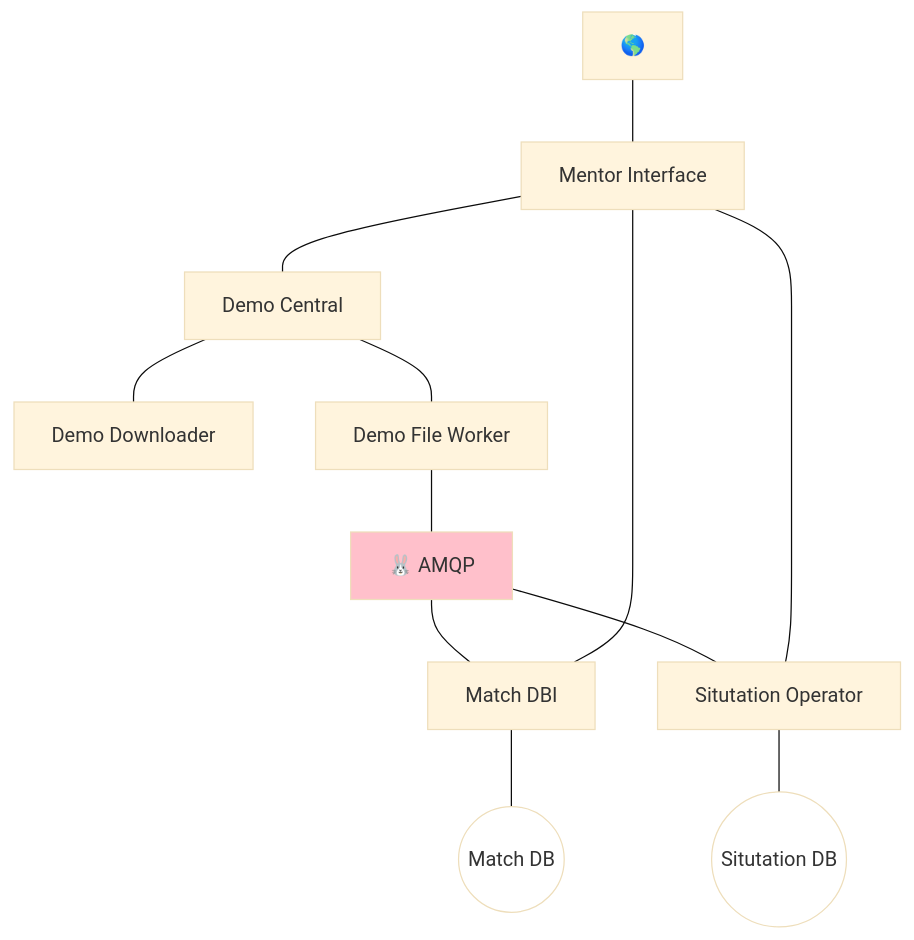
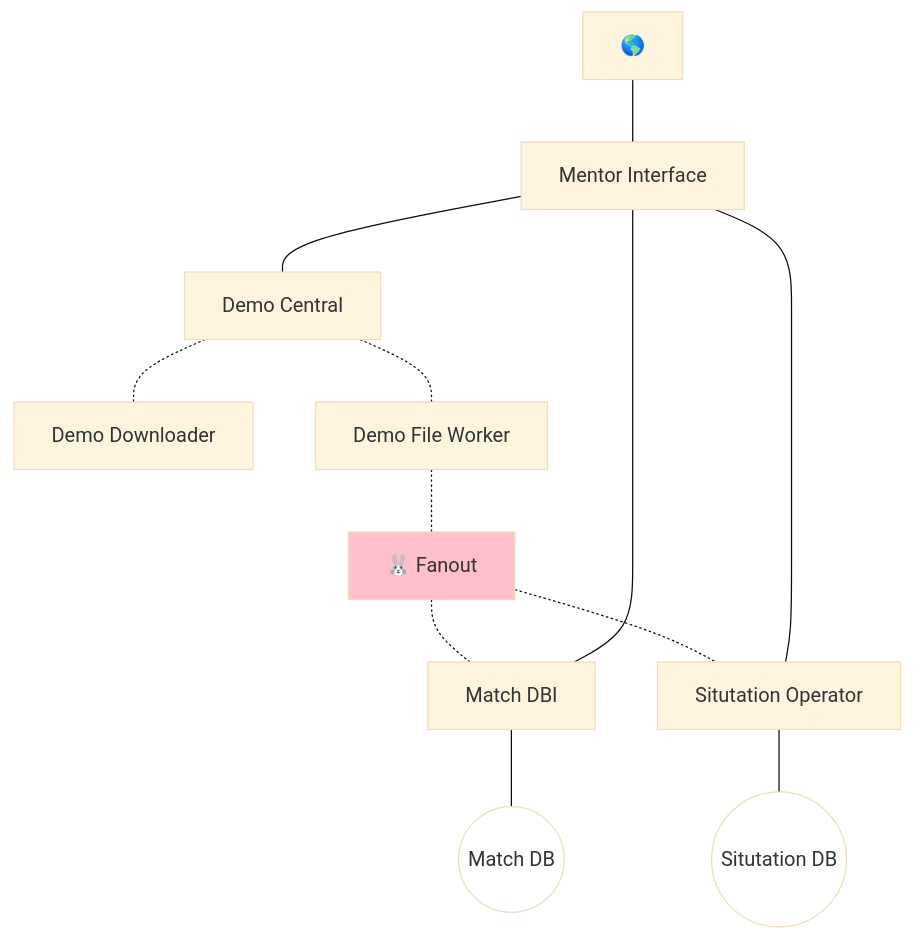
One commit to KieronKretschmar/MentorGG_ArchitectureDocumentation changed the diagram in MentorEngine/README.md. Above: the diagram before and after it, drawn with Mermaid (base theme). The commit also changed other lines of this file, not shown here.

````diff
--- a/MentorEngine/README.md
+++ b/MentorEngine/README.md
@@ -23,21 +23,21 @@
 ```mermaid
 graph TD;
     I["🌎"] --- MI
     MI[Mentor Interface] --- DC[Demo Central];
-    DC --- DD[Demo Downloader];
-    DC --- DFW[Demo File Worker];
-    DFW --- RMQ["🐰 AMQP"];
-    RMQ --- MDBI;
-    RMQ --- SO;
+    DC -.- DD[Demo Downloader];
+    DC -.- DFW[Demo File Worker];
+    DFW -.- RMQ["🐰 Fanout"];
+    RMQ -.- MDBI;
+    RMQ -.- SO;
     
 
     MI --- MDBI[Match DBI];
     MI --- SO[Situtation Operator];
     SO --- SDB((Situtation DB))
     MDBI --- MDB((Match DB))
 
     classDef db fill:white;
     classDef queue fill:pink;
     class RMQ queue;
     class SDB,MDB db;
 ```
````
